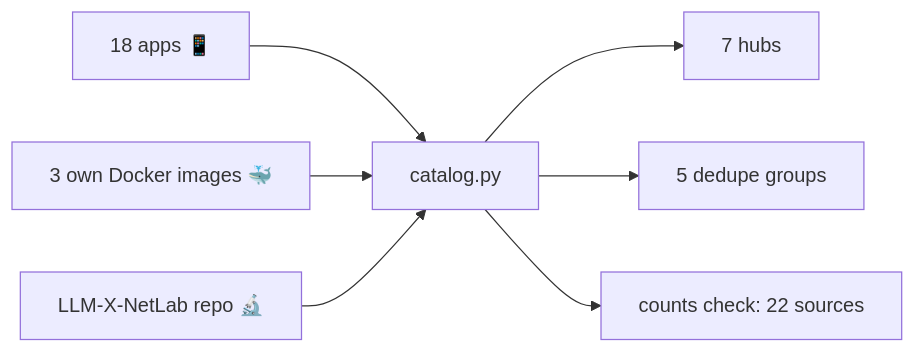
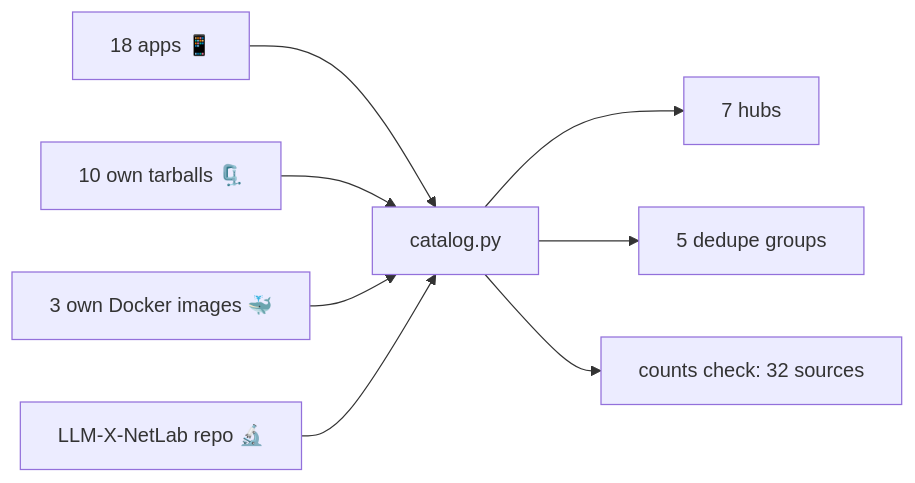
The third of 17 diagrams in README.md (kimanicollier44-cmyk/NetX), drawn with Mermaid before and after one commit. The commit also changed other lines of this file and 7 other files, not shown here.

Commit message:
NetX v1.3.0: 10 tarball package seats (32 sources, 15 gates) + pictures paired with mermaid flowcharts

````diff
--- a/README.md
+++ b/README.md
@@ -218,9 +222,10 @@
 ```mermaid
 flowchart LR
     A[18 apps 📱] --> D[catalog.py]
+    A2[10 own tarballs 🗜️] --> D
     B[3 own Docker images 🐳] --> D
     C[LLM-X-NetLab repo 🔬] --> D
     D --> E[7 hubs]
     D --> F[5 dedupe groups]
-    D --> G[counts check: 22 sources]
+    D --> G[counts check: 32 sources]
 ```
````
